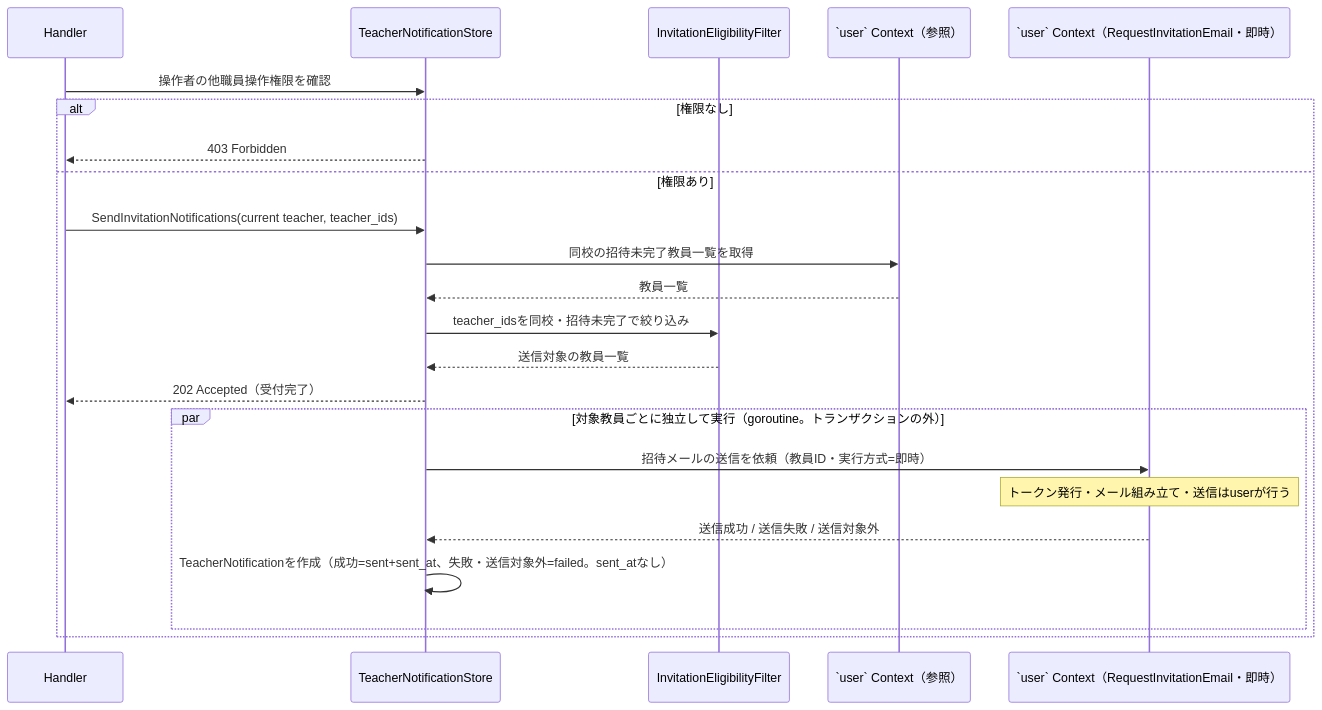
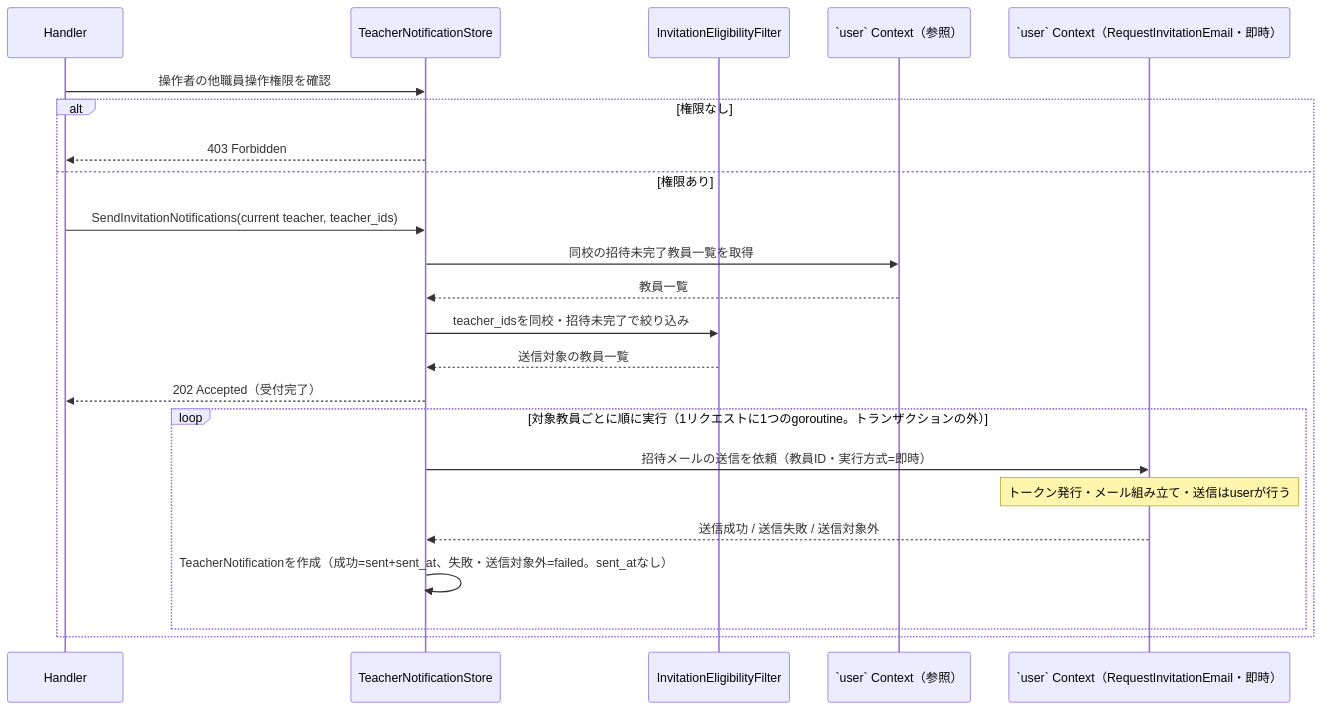
One commit to yuta20253/edu-platform-go-design changed the second of 2 diagrams in 計画書/GO移行・設計仕様書/教員招待通知機能_Go移行・設計仕様書.md. Above: the diagram before and after it, drawn with Mermaid. The commit also changed other lines of this file and 3 other files, not shown here.

````diff
--- a/計画書/GO移行・設計仕様書/教員招待通知機能_Go移行・設計仕様書.md
+++ b/計画書/GO移行・設計仕様書/教員招待通知機能_Go移行・設計仕様書.md
@@ -267,26 +278,26 @@
 ```mermaid
 sequenceDiagram
     participant H as Handler
     participant S as TeacherNotificationStore
     participant F as InvitationEligibilityFilter
     participant U as `user` Context（参照）
     participant R as `user` Context（RequestInvitationEmail・即時）
 
     H->>S: 操作者の他職員操作権限を確認
     alt 権限なし
         S-->>H: 403 Forbidden
     else 権限あり
         H->>S: SendInvitationNotifications(current teacher, teacher_ids)
         S->>U: 同校の招待未完了教員一覧を取得
         U-->>S: 教員一覧
         S->>F: teacher_idsを同校・招待未完了で絞り込み
         F-->>S: 送信対象の教員一覧
         S-->>H: 202 Accepted（受付完了）
-        par 対象教員ごとに独立して実行（goroutine。トランザクションの外）
+        loop 対象教員ごとに順に実行（1リクエストに1つのgoroutine。トランザクションの外）
             S->>R: 招待メールの送信を依頼（教員ID・実行方式=即時）
             Note over R: トークン発行・メール組み立て・送信はuserが行う
             R-->>S: 送信成功 / 送信失敗 / 送信対象外
             S->>S: TeacherNotificationを作成（成功=sent+sent_at、失敗・送信対象外=failed。sent_atなし）
         end
     end
 ```
````
